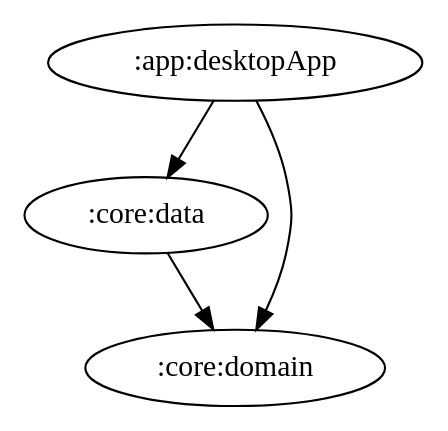
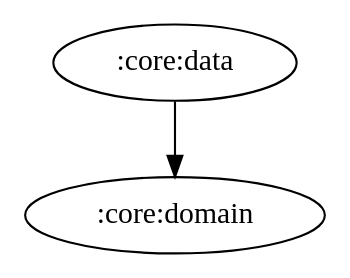
One commit to ai-kurou/KoDriver changed the diagram in docs/graphs/core-data.gv. Above: the diagram before and after it, drawn with Graphviz. The commit also changed 7 other files, not shown here.

Commit message:
chore: update module graph images [skip ci]

```diff
--- a/docs/graphs/core-data.gv
+++ b/docs/graphs/core-data.gv
@@ -1,5 +1,3 @@
 digraph G {
-  ":app:desktopApp" -> ":core:data"
-  ":app:desktopApp" -> ":core:domain"
   ":core:data" -> ":core:domain"
 }
```
